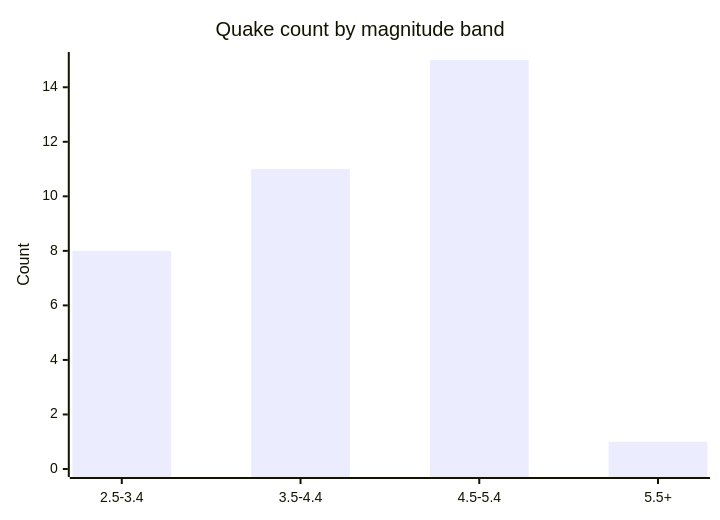
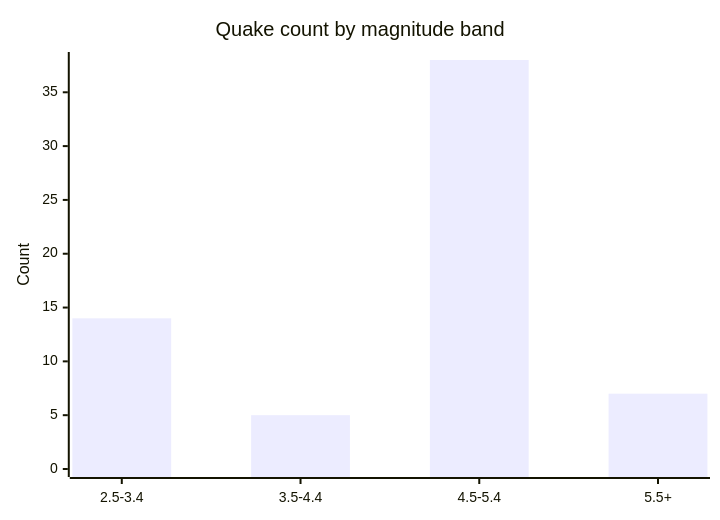
One commit to Midwest-Stratospheric/aerostratospheric-defense-gir changed the fifth of 6 diagrams in docs/GRAPHS.md. Above: the diagram before and after it, drawn with Mermaid. The commit also changed other lines of this file and 25 other files, not shown here.

````diff
--- a/docs/GRAPHS.md
+++ b/docs/GRAPHS.md
@@ -82,7 +82,7 @@
 ```mermaid
 xychart-beta
   title "Quake count by magnitude band"
   x-axis ["2.5-3.4", "3.5-4.4", "4.5-5.4", "5.5+"]
-  y-axis "Count" 0 --> 15
-  bar [8, 11, 15, 1]
+  y-axis "Count" 0 --> 38
+  bar [14, 5, 38, 7]
 ```
````
